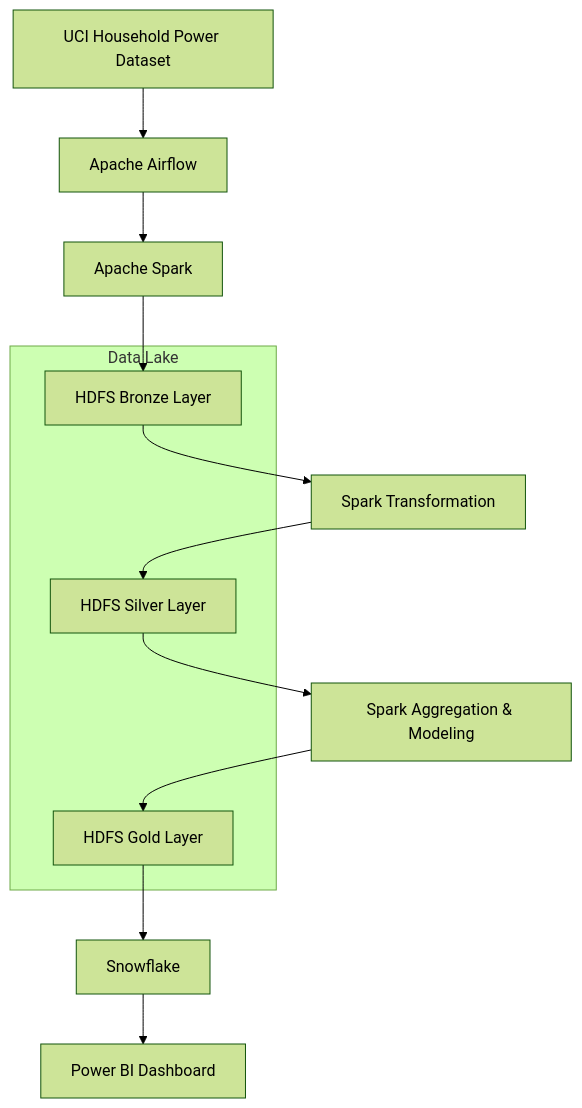
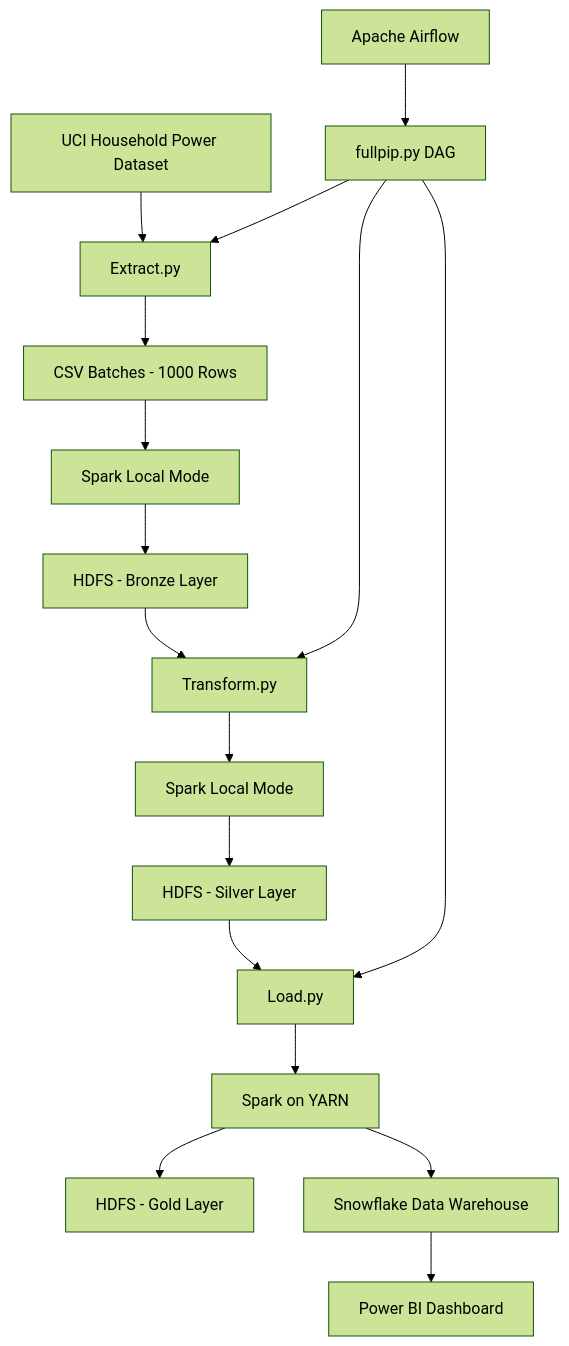
Before and after one commit to yousef-140/power-consumption-etl: the diagram in README.md, drawn with Mermaid (forest theme). The commit also changed other lines of this file, not shown here.

````diff
--- a/README.md
+++ b/README.md
@@ -36,18 +32,23 @@
 ```mermaid
 flowchart TD
-    A["UCI Household Power Dataset"] --> B["Apache Airflow"]
-    B --> C["Apache Spark"]
-    C --> D["HDFS Bronze Layer"]
-    D --> E["Spark Transformation"]
-    E --> F["HDFS Silver Layer"]
-    F --> G["Spark Aggregation & Modeling"]
-    G --> H["HDFS Gold Layer"]
-    H --> I["Snowflake"]
-    I --> J["Power BI Dashboard"]
+    A[UCI Household Power Dataset] --> B[Extract.py]
+    B --> C[CSV Batches - 1000 Rows]
+    C --> D[Spark Local Mode]
+    D --> E[HDFS - Bronze Layer]
 
-    subgraph Data Lake
-        D
-        F
-        H
-    end
+    E --> F[Transform.py]
+    F --> G[Spark Local Mode]
+    G --> H[HDFS - Silver Layer]
+
+    H --> I[Load.py]
+    I --> J[Spark on YARN]
+    J --> K[HDFS - Gold Layer]
+    J --> L[Snowflake Data Warehouse]
+
+    L --> M[Power BI Dashboard]
+
+    N[Apache Airflow] --> O[fullpip.py DAG]
+    O --> B
+    O --> F
+    O --> I
 ```
````
